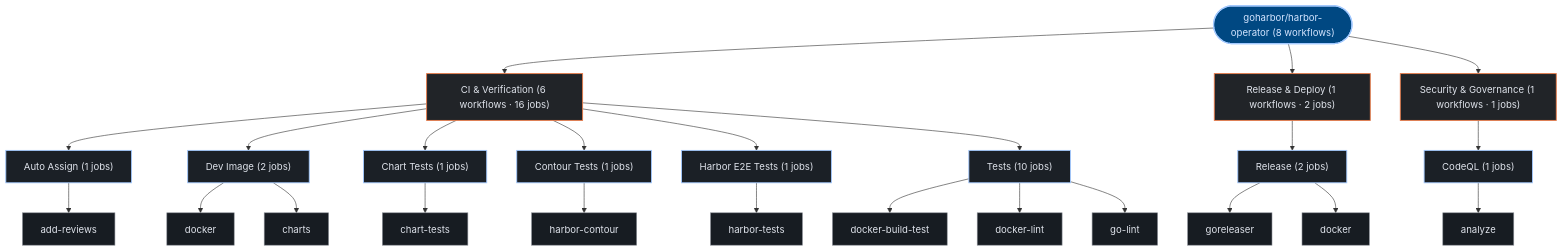
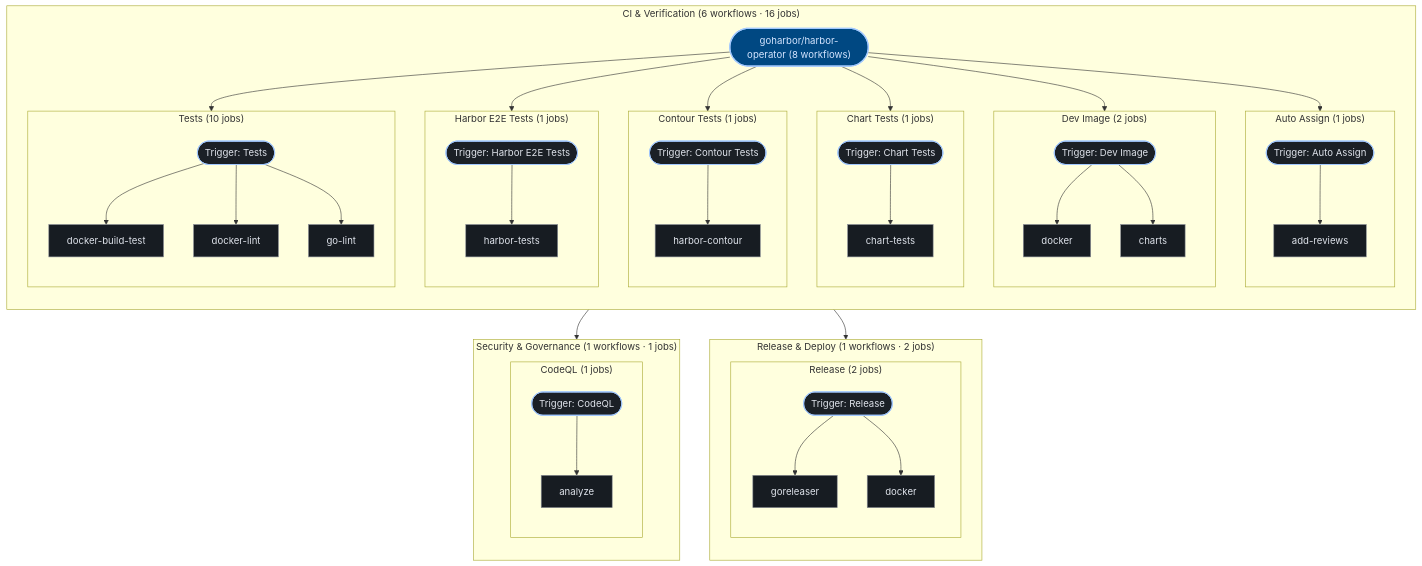
One commit to kumarshaz/atruss-code-atlas changed the third of 3 diagrams in exports/latest/reports/goharbor-harbor-operator-report.md. Above: the diagram before and after it, drawn with Mermaid. The commit also changed 181 other files, not shown here.

````diff
--- a/exports/latest/reports/goharbor-harbor-operator-report.md
+++ b/exports/latest/reports/goharbor-harbor-operator-report.md
@@ -315,50 +315,77 @@
   classDef atlasAlert fill:#93000a,stroke:#ffb4ab,stroke-width:1.5px,color:#ffdad6
   classDef atlasMore fill:#252a31,stroke:#8d9199,stroke-dasharray:4 4,color:#c3c6cf
   pipeline_root(["goharbor/harbor-operator (8 workflows)"]):::atlasRoot
-  grp_0_CI___Verification["CI & Verification (6 workflows · 16 jobs)"]:::atlasCategory
-  pipeline_root --> grp_0_CI___Verification
-  wf_0_Auto_Assign["Auto Assign (1 jobs)"]:::atlasWorkflow
-  grp_0_CI___Verification --> wf_0_Auto_Assign
-  job_0_add_reviews["add-reviews"]:::atlasJob
-  wf_0_Auto_Assign --> job_0_add_reviews
-  wf_1_Dev_Image["Dev Image (2 jobs)"]:::atlasWorkflow
-  grp_0_CI___Verification --> wf_1_Dev_Image
-  job_1_docker["docker"]:::atlasJob
-  job_1_charts["charts"]:::atlasJob
-  wf_1_Dev_Image --> job_1_docker
-  wf_1_Dev_Image --> job_1_charts
-  wf_2_Chart_Tests["Chart Tests (1 jobs)"]:::atlasWorkflow
-  grp_0_CI___Verification --> wf_2_Chart_Tests
-  job_2_chart_tests["chart-tests"]:::atlasJob
-  wf_2_Chart_Tests --> job_2_chart_tests
-  wf_4_Contour_Tests["Contour Tests (1 jobs)"]:::atlasWorkflow
-  grp_0_CI___Verification --> wf_4_Contour_Tests
-  job_4_harbor_contour["harbor-contour"]:::atlasJob
-  wf_4_Contour_Tests --> job_4_harbor_contour
-  wf_5_Harbor_E2E_Tests["Harbor E2E Tests (1 jobs)"]:::atlasWorkflow
-  grp_0_CI___Verification --> wf_5_Harbor_E2E_Tests
-  job_5_harbor_tests["harbor-tests"]:::atlasJob
-  wf_5_Harbor_E2E_Tests --> job_5_harbor_tests
-  wf_7_Tests["Tests (10 jobs)"]:::atlasWorkflow
-  grp_0_CI___Verification --> wf_7_Tests
-  job_7_docker_build_test["docker-build-test"]:::atlasJob
-  job_7_docker_lint["docker-lint"]:::atlasJob
-  job_7_go_lint["go-lint"]:::atlasJob
-  wf_7_Tests --> job_7_docker_build_test
-  wf_7_Tests --> job_7_docker_lint
-  wf_7_Tests --> job_7_go_lint
-  grp_1_Release___Deploy["Release & Deploy (1 workflows · 2 jobs)"]:::atlasCategory
-  pipeline_root --> grp_1_Release___Deploy
-  wf_6_Release["Release (2 jobs)"]:::atlasWorkflow
-  grp_1_Release___Deploy --> wf_6_Release
-  job_6_goreleaser["goreleaser"]:::atlasJob
-  job_6_docker["docker"]:::atlasJob
-  wf_6_Release --> job_6_goreleaser
-  wf_6_Release --> job_6_docker
-  grp_2_Security___Governance["Security & Governance (1 workflows · 1 jobs)"]:::atlasCategory
-  pipeline_root --> grp_2_Security___Governance
-  wf_3_CodeQL["CodeQL (1 jobs)"]:::atlasWorkflow
-  grp_2_Security___Governance --> wf_3_CodeQL
-  job_3_analyze["analyze"]:::atlasJob
-  wf_3_CodeQL --> job_3_analyze
+  subgraph sg_grp_0_CI___Verification["CI & Verification (6 workflows · 16 jobs)"]
+    direction TB
+    subgraph sg_wf_0_Auto_Assign["Auto Assign (1 jobs)"]
+      direction TB
+      wf_0_Auto_Assign(["Trigger: Auto Assign"]):::atlasWorkflow
+      job_0_add_reviews["add-reviews"]:::atlasJob
+      wf_0_Auto_Assign --> job_0_add_reviews
+    end
+    pipeline_root --> wf_0_Auto_Assign
+    subgraph sg_wf_1_Dev_Image["Dev Image (2 jobs)"]
+      direction TB
+      wf_1_Dev_Image(["Trigger: Dev Image"]):::atlasWorkflow
+      job_1_docker["docker"]:::atlasJob
+      job_1_charts["charts"]:::atlasJob
+      wf_1_Dev_Image --> job_1_docker
+      wf_1_Dev_Image --> job_1_charts
+    end
+    pipeline_root --> wf_1_Dev_Image
+    subgraph sg_wf_2_Chart_Tests["Chart Tests (1 jobs)"]
+      direction TB
+      wf_2_Chart_Tests(["Trigger: Chart Tests"]):::atlasWorkflow
+      job_2_chart_tests["chart-tests"]:::atlasJob
+      wf_2_Chart_Tests --> job_2_chart_tests
+    end
+    pipeline_root --> wf_2_Chart_Tests
+    subgraph sg_wf_4_Contour_Tests["Contour Tests (1 jobs)"]
+      direction TB
+      wf_4_Contour_Tests(["Trigger: Contour Tests"]):::atlasWorkflow
+      job_4_harbor_contour["harbor-contour"]:::atlasJob
+      wf_4_Contour_Tests --> job_4_harbor_contour
+    end
+    pipeline_root --> wf_4_Contour_Tests
+    subgraph sg_wf_5_Harbor_E2E_Tests["Harbor E2E Tests (1 jobs)"]
+      direction TB
+      wf_5_Harbor_E2E_Tests(["Trigger: Harbor E2E Tests"]):::atlasWorkflow
+      job_5_harbor_tests["harbor-tests"]:::atlasJob
+      wf_5_Harbor_E2E_Tests --> job_5_harbor_tests
+    end
+    pipeline_root --> wf_5_Harbor_E2E_Tests
+    subgraph sg_wf_7_Tests["Tests (10 jobs)"]
+      direction TB
+      wf_7_Tests(["Trigger: Tests"]):::atlasWorkflow
+      job_7_docker_build_test["docker-build-test"]:::atlasJob
+      job_7_docker_lint["docker-lint"]:::atlasJob
+      job_7_go_lint["go-lint"]:::atlasJob
+      wf_7_Tests --> job_7_docker_build_test
+      wf_7_Tests --> job_7_docker_lint
+      wf_7_Tests --> job_7_go_lint
+    end
+    pipeline_root --> wf_7_Tests
+  end
+  subgraph sg_grp_1_Release___Deploy["Release & Deploy (1 workflows · 2 jobs)"]
+    direction TB
+    subgraph sg_wf_6_Release["Release (2 jobs)"]
+      direction TB
+      wf_6_Release(["Trigger: Release"]):::atlasWorkflow
+      job_6_goreleaser["goreleaser"]:::atlasJob
+      job_6_docker["docker"]:::atlasJob
+      wf_6_Release --> job_6_goreleaser
+      wf_6_Release --> job_6_docker
+    end
+    pipeline_root --> wf_6_Release
+  end
+  subgraph sg_grp_2_Security___Governance["Security & Governance (1 workflows · 1 jobs)"]
+    direction TB
+    subgraph sg_wf_3_CodeQL["CodeQL (1 jobs)"]
+      direction TB
+      wf_3_CodeQL(["Trigger: CodeQL"]):::atlasWorkflow
+      job_3_analyze["analyze"]:::atlasJob
+      wf_3_CodeQL --> job_3_analyze
+    end
+    pipeline_root --> wf_3_CodeQL
+  end
 ```
````
